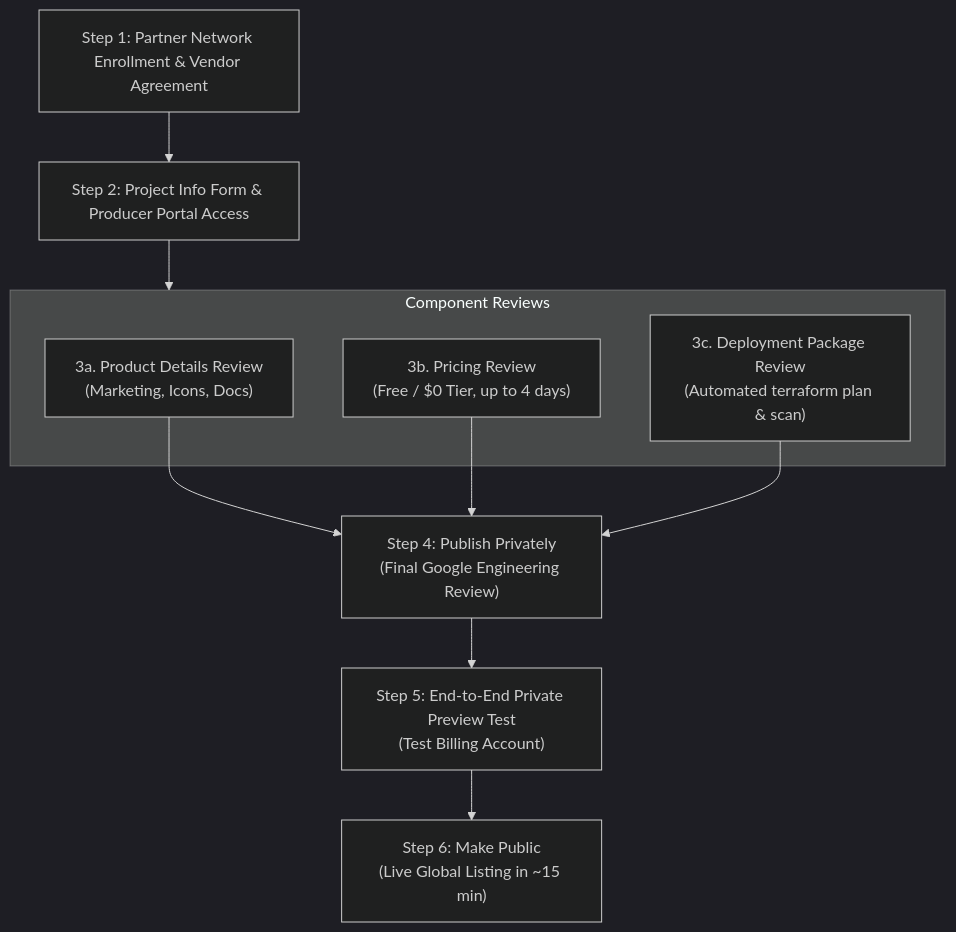
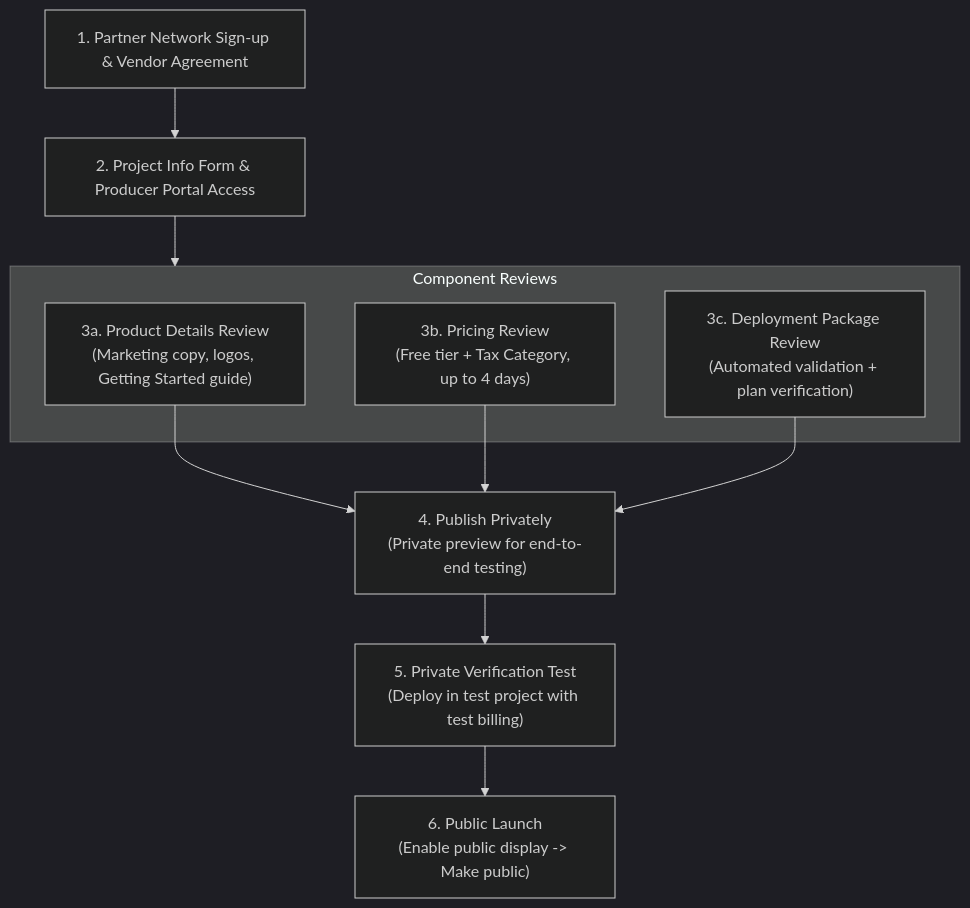
The diagram in csi-spl-doc/specs/156-gcp-marketplace-listing/spec.md (csitea/csi-spl), drawn with Mermaid (dark theme) before and after one commit. The commit also changed other lines of this file, not shown here.

````diff
--- a/csi-spl-doc/specs/156-gcp-marketplace-listing/spec.md
+++ b/csi-spl-doc/specs/156-gcp-marketplace-listing/spec.md
@@ -83,15 +93,15 @@
 ```mermaid
 flowchart TD
-    A["Step 1: Partner Network Enrollment & Vendor Agreement"] --> B["Step 2: Project Info Form & Producer Portal Access"]
-    B --> C["Step 3: Component Reviews (Parallel)"]
+    A["1. Partner Network Sign-up & Vendor Agreement"] --> B["2. Project Info Form & Producer Portal Access"]
+    B --> C["3. Component Reviews (Parallel Submission)"]
     subgraph C ["Component Reviews"]
-        C1["3a. Product Details Review\n(Marketing, Icons, Docs)"]
-        C2["3b. Pricing Review\n(Free / $0 Tier, up to 4 days)"]
-        C3["3c. Deployment Package Review\n(Automated terraform plan & scan)"]
+        C1["3a. Product Details Review\n(Marketing copy, logos, Getting Started guide)"]
+        C2["3b. Pricing Review\n(Free tier + Tax Category, up to 4 days)"]
+        C3["3c. Deployment Package Review\n(Automated validation + plan verification)"]
     end
-    C1 --> D["Step 4: Publish Privately\n(Final Google Engineering Review)"]
+    C1 --> D["4. Publish Privately\n(Private preview for end-to-end testing)"]
     C2 --> D
     C3 --> D
-    D --> E["Step 5: End-to-End Private Preview Test\n(Test Billing Account)"]
-    E --> F["Step 6: Make Public\n(Live Global Listing in ~15 min)"]
+    D --> E["5. Private Verification Test\n(Deploy in test project with test billing)"]
+    E --> F["6. Public Launch\n(Enable public display -> Make public)"]
 ```
````
